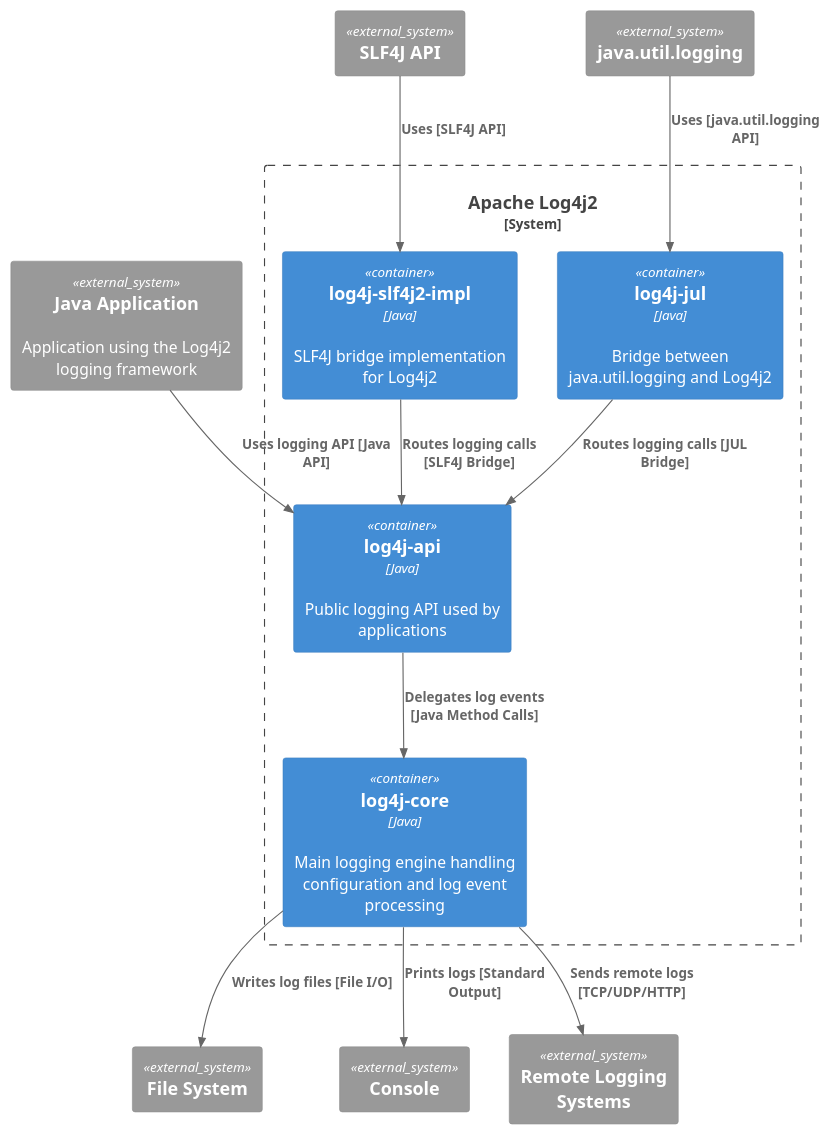
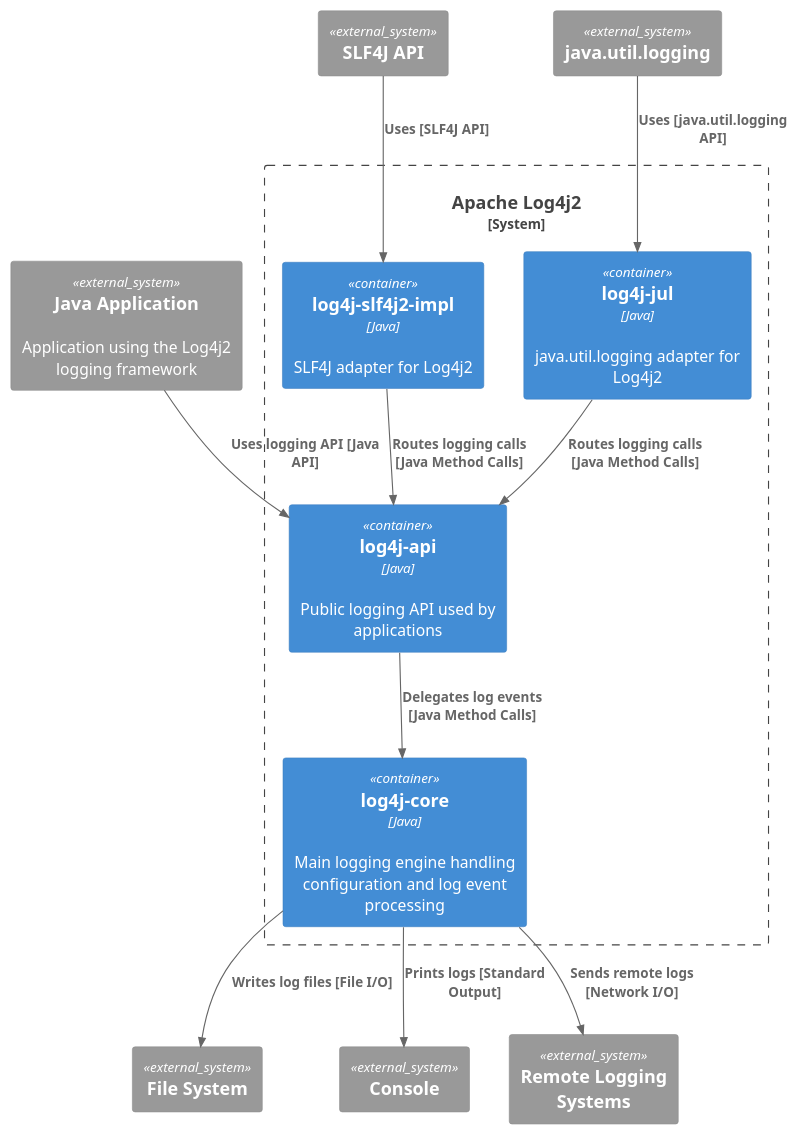
Before and after one commit to SDA-Group21/PROJECT: the diagram in architecture/container.puml, drawn with PlantUML. The commit also changed 5 other files, not shown here.

Commit message:
align Context, Container and Component diagrams

```diff
--- a/architecture/container.puml
+++ b/architecture/container.puml
@@ -1,40 +1,40 @@
 @startuml
 
 !include https://raw.githubusercontent.com/plantuml-stdlib/C4-PlantUML/master/C4_Container.puml
 
 LAYOUT_TOP_DOWN()
 
 System_Ext(app, "Java Application", "Application using the Log4j2 logging framework")
 System_Ext(slf4j, "SLF4J API")
 System_Ext(jul, "java.util.logging")
 
 System_Boundary(log4j2, "Apache Log4j2") {
 
     Container(api, "log4j-api", "Java", "Public logging API used by applications")
 
     Container(core, "log4j-core", "Java", "Main logging engine handling configuration and log event processing")
 
-    Container(slf4jBridge, "log4j-slf4j2-impl", "Java", "SLF4J bridge implementation for Log4j2")
+    Container(slf4jBridge, "log4j-slf4j2-impl", "Java", "SLF4J adapter for Log4j2")
 
-    Container(julBridge, "log4j-jul", "Java", "Bridge between java.util.logging and Log4j2")
+    Container(julBridge, "log4j-jul", "Java", "java.util.logging adapter for Log4j2")
 }
 
 System_Ext(fs, "File System")
 System_Ext(console, "Console")
 System_Ext(remote, "Remote Logging Systems")
 
 Rel(app, api, "Uses logging API [Java API]")
 
 Rel(slf4j, slf4jBridge, "Uses [SLF4J API]")
 Rel(jul, julBridge, "Uses [java.util.logging API]")
 
-Rel(slf4jBridge, api, "Routes logging calls [SLF4J Bridge]")
-Rel(julBridge, api, "Routes logging calls [JUL Bridge]")
+Rel(slf4jBridge, api, "Routes logging calls [Java Method Calls]")
+Rel(julBridge, api, "Routes logging calls [Java Method Calls]")
 
 Rel(api, core, "Delegates log events [Java Method Calls]")
 
 Rel(core, fs, "Writes log files [File I/O]")
 Rel(core, console, "Prints logs [Standard Output]")
-Rel(core, remote, "Sends remote logs [TCP/UDP/HTTP]")
+Rel(core, remote, "Sends remote logs [Network I/O]")
 
 @enduml
```
